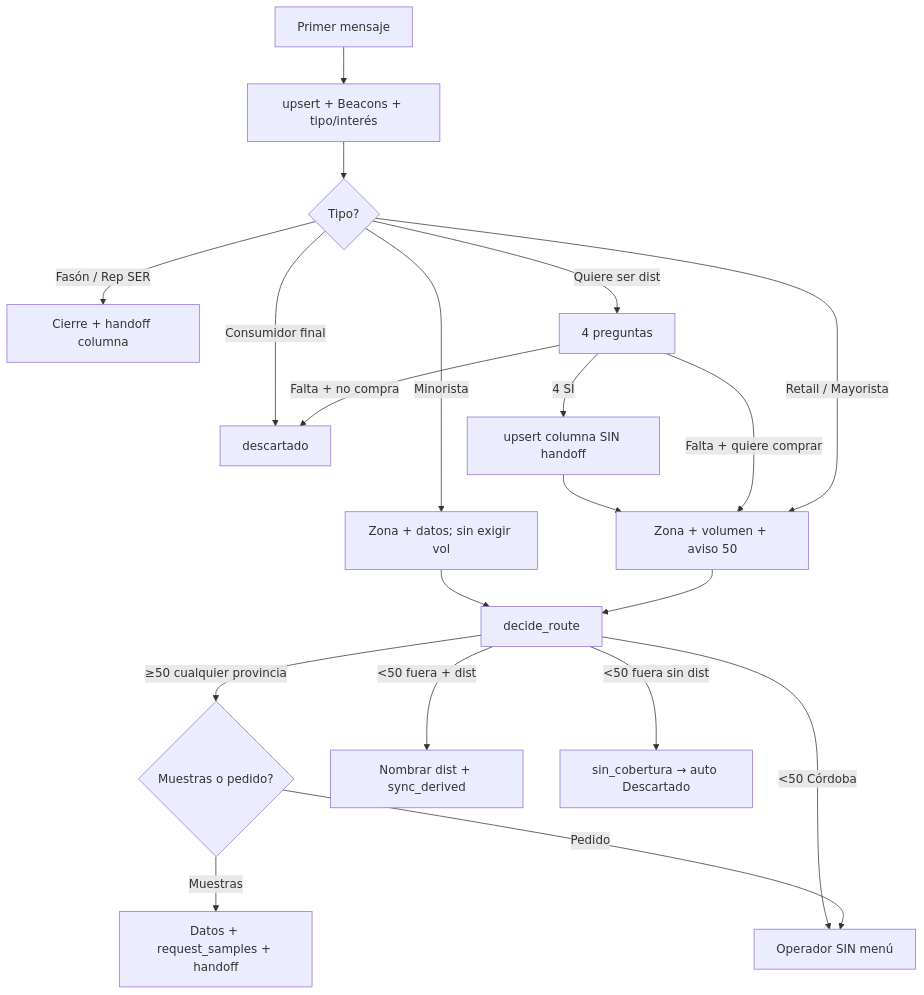
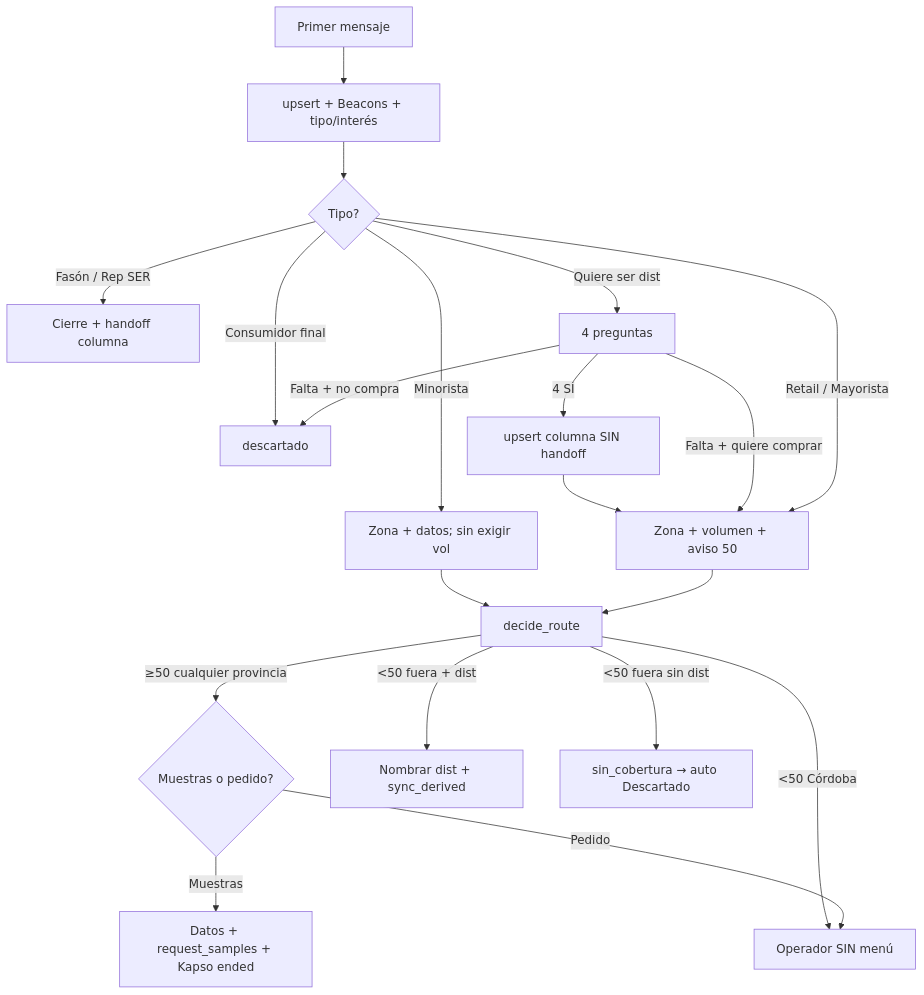
Before and after one commit to fecotechSolutions/tool-coolmeals: the diagram in docs/planilla-flujo-ia-anexo-prompt.md, drawn with Mermaid. The commit also changed other lines of this file and 2 other files, not shown here.

First line of the commit message:
Align planilla, anexo, and test guide with Muestras ended behavior.

````diff
--- a/docs/planilla-flujo-ia-anexo-prompt.md
+++ b/docs/planilla-flujo-ia-anexo-prompt.md
@@ -46,21 +47,21 @@
 ```mermaid
 flowchart TD
   A[Primer mensaje] --> B[upsert + Beacons + tipo/interés]
   B --> C{Tipo?}
   C -->|Consumidor final| Z[descartado]
   C -->|Fasón / Rep SER| H[Cierre + handoff columna]
   C -->|Quiere ser dist| Q[4 preguntas]
   Q -->|4 SÍ| QD[upsert columna SIN handoff] --> E
   Q -->|Falta + no compra| Z
   Q -->|Falta + quiere comprar| E
   C -->|Minorista| D[Zona + datos; sin exigir vol]
   C -->|Retail / Mayorista| E[Zona + volumen + aviso 50]
   D --> R[decide_route]
   E --> R
   R -->|≥50 cualquier provincia| M{Muestras o pedido?}
   R -->|<50 Córdoba| H2[Operador SIN menú]
   R -->|<50 fuera + dist| Dist[Nombrar dist + sync_derived]
   R -->|<50 fuera sin dist| SC[sin_cobertura → auto Descartado]
-  M -->|Muestras| MS[Datos + request_samples + handoff]
+  M -->|Muestras| MS[Datos + request_samples + Kapso ended]
   M -->|Pedido| H2
 ```
````
